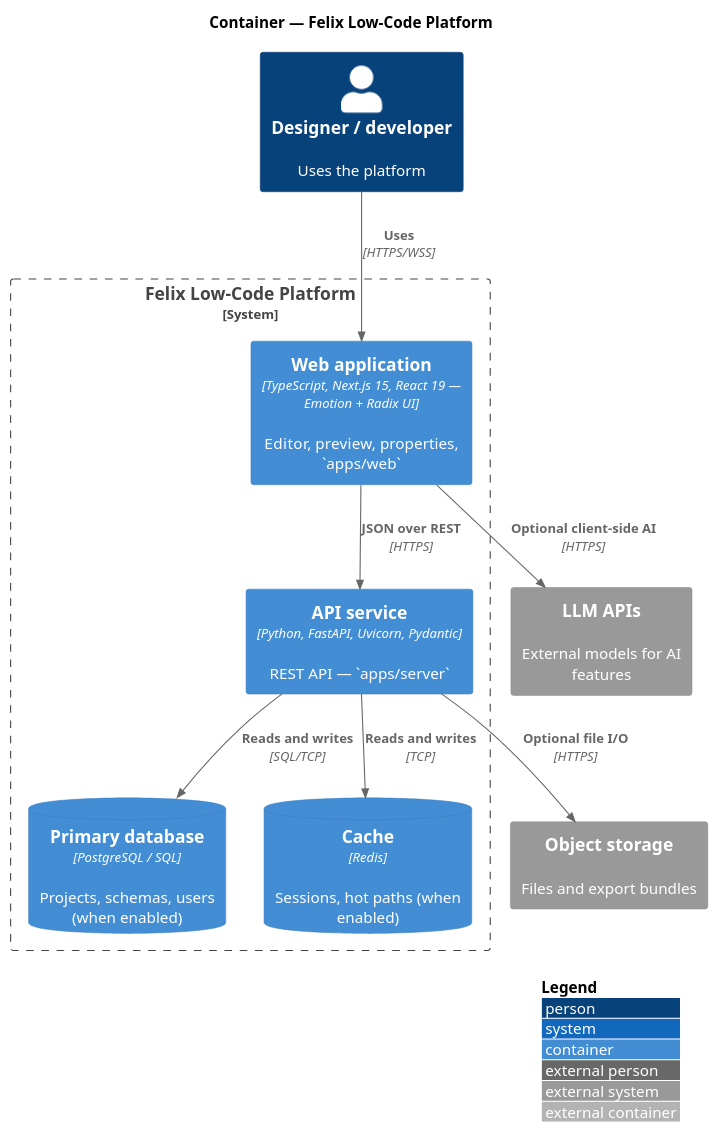
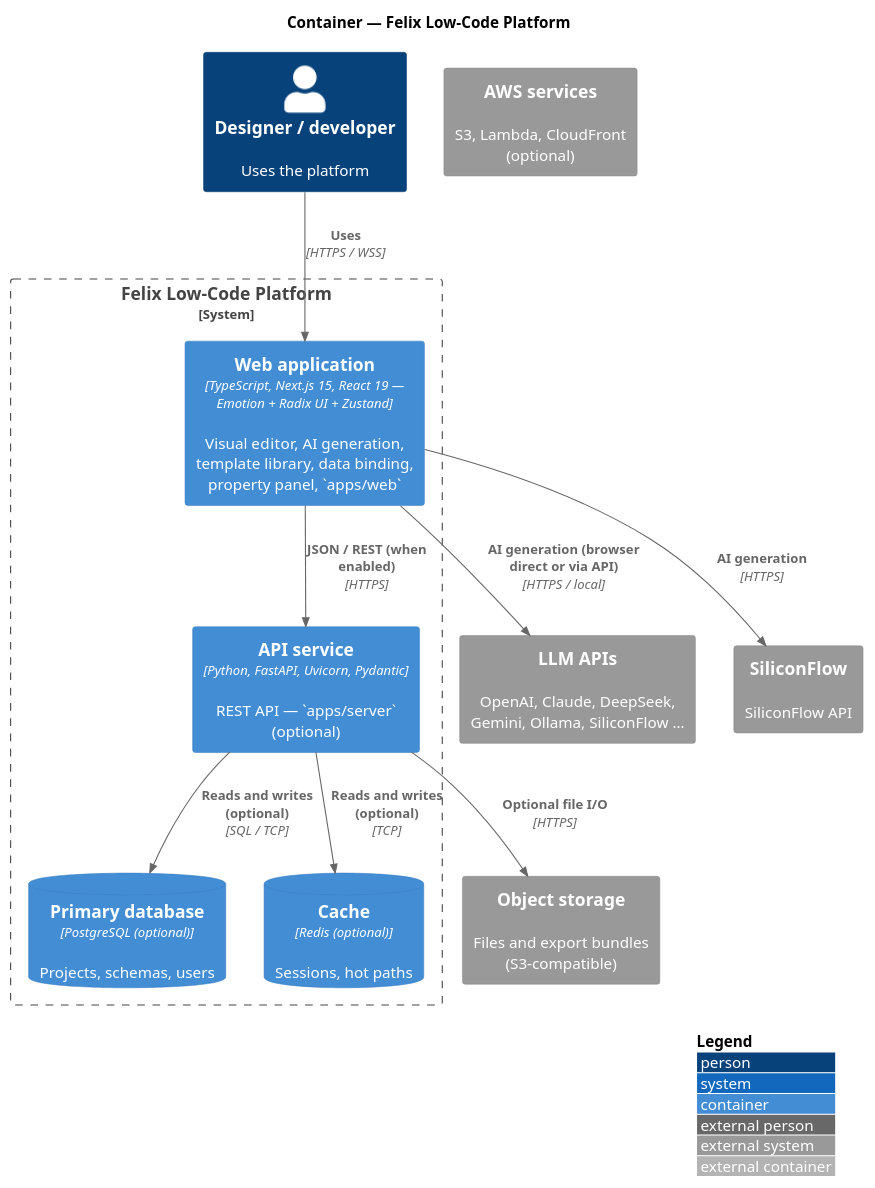
Before and after one commit to felixzhu97/low-code-platform: the diagram in docs/en/architecture/c4/c4-container.puml, drawn with PlantUML. The commit also changed 41 other files, not shown here.

```diff
--- a/docs/en/architecture/c4/c4-container.puml
+++ b/docs/en/architecture/c4/c4-container.puml
@@ -1,27 +1,30 @@
 @startuml c4-container-felix-low-code
 !include https://raw.githubusercontent.com/plantuml-stdlib/C4-PlantUML/master/C4_Container.puml
 
 LAYOUT_WITH_LEGEND()
 
 title Container — Felix Low-Code Platform
 
 Person(user, "Designer / developer", "Uses the platform")
 
 System_Boundary(boundary, "Felix Low-Code Platform") {
-    Container(web, "Web application", "TypeScript, Next.js 15, React 19 — Emotion + Radix UI", "Editor, preview, properties, `apps/web`")
-    Container(api, "API service", "Python, FastAPI, Uvicorn, Pydantic", "REST API — `apps/server`")
-    ContainerDb(db, "Primary database", "PostgreSQL / SQL", "Projects, schemas, users (when enabled)")
-    ContainerDb(cache, "Cache", "Redis", "Sessions, hot paths (when enabled)")
+    Container(web, "Web application", "TypeScript, Next.js 15, React 19 — Emotion + Radix UI + Zustand", "Visual editor, AI generation, template library, data binding, property panel, `apps/web`")
+    Container(api, "API service", "Python, FastAPI, Uvicorn, Pydantic", "REST API — `apps/server` (optional)")
+    ContainerDb(db, "Primary database", "PostgreSQL (optional)", "Projects, schemas, users")
+    ContainerDb(cache, "Cache", "Redis (optional)", "Sessions, hot paths")
 }
 
-System_Ext(llm, "LLM APIs", "External models for AI features")
-System_Ext(object_store, "Object storage", "Files and export bundles")
+System_Ext(llm, "LLM APIs", "OpenAI, Claude, DeepSeek, Gemini, Ollama, SiliconFlow …")
+System_Ext(sf, "SiliconFlow", "SiliconFlow API")
+System_Ext(object_store, "Object storage", "Files and export bundles (S3-compatible)")
+System_Ext(aws, "AWS services", "S3, Lambda, CloudFront (optional)")
 
-Rel(user, web, "Uses", "HTTPS/WSS")
-Rel(web, api, "JSON over REST", "HTTPS")
-Rel(api, db, "Reads and writes", "SQL/TCP")
-Rel(api, cache, "Reads and writes", "TCP")
+Rel(user, web, "Uses", "HTTPS / WSS")
+Rel(web, api, "JSON / REST (when enabled)", "HTTPS")
+Rel(api, db, "Reads and writes (optional)", "SQL / TCP")
+Rel(api, cache, "Reads and writes (optional)", "TCP")
 Rel(api, object_store, "Optional file I/O", "HTTPS")
-Rel(web, llm, "Optional client-side AI", "HTTPS")
+Rel(web, llm, "AI generation (browser direct or via API)", "HTTPS / local")
+Rel(web, sf, "AI generation", "HTTPS")
 
 @enduml
```
